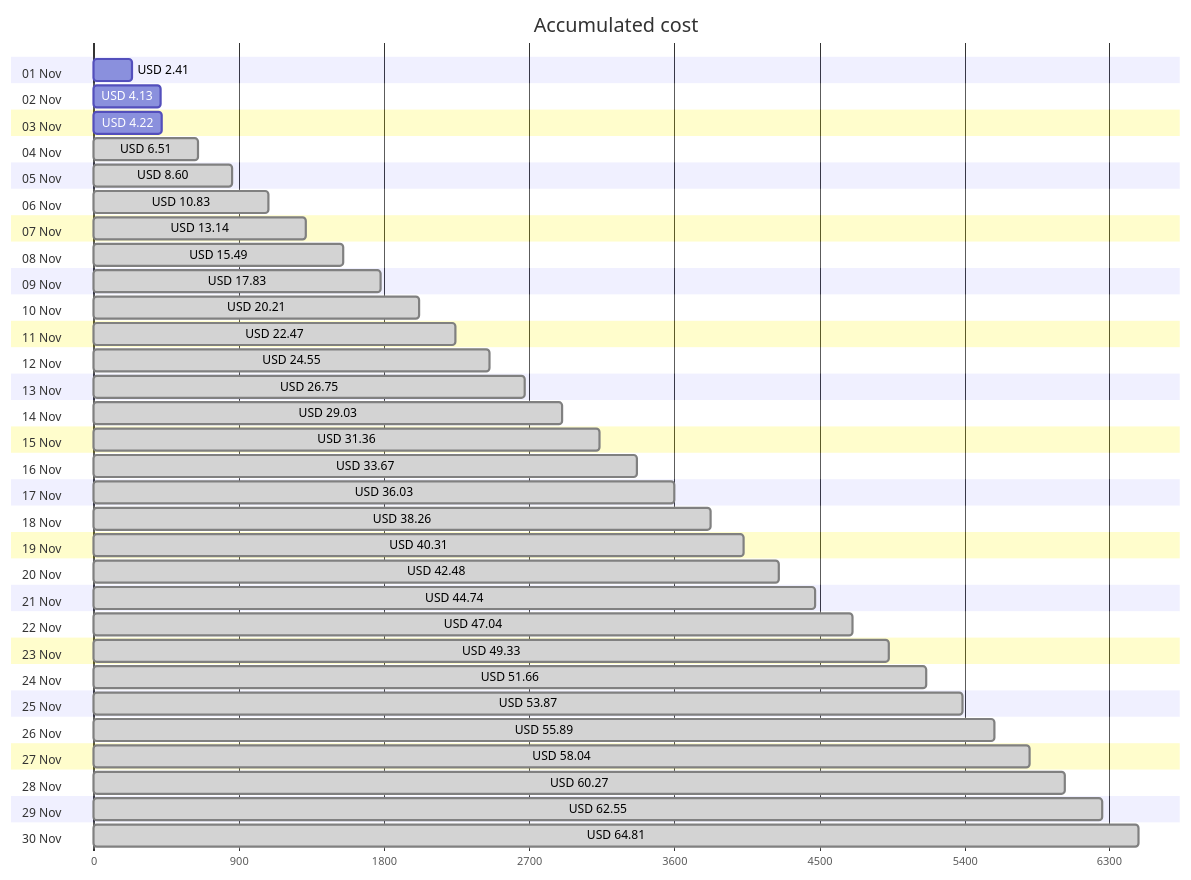
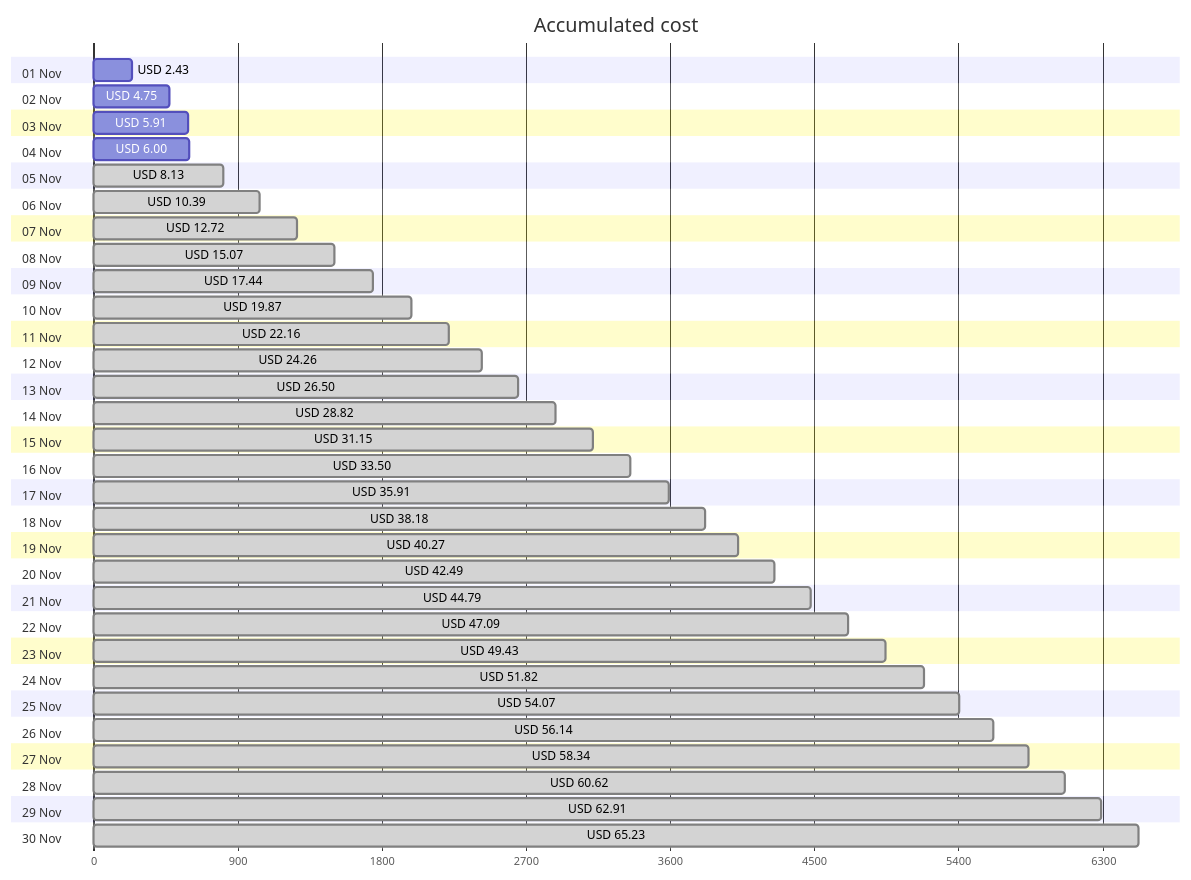
One commit to jpfulton/azure-personal-reports changed the first of 4 diagrams in cost-reports/accumulated-cost.md. Above: the diagram before and after it, drawn with Mermaid. The commit also changed other lines of this file and 4 other files, not shown here.

````diff
--- a/cost-reports/accumulated-cost.md
+++ b/cost-reports/accumulated-cost.md
@@ -20,66 +20,66 @@
 ```mermaid
 gantt
    title Accumulated cost
    dateFormat  X
    axisFormat %s
    section 01 Nov
-   USD 2.41 :0, 241
+   USD 2.43 :0, 243
    section 02 Nov
-   USD 4.13 :0, 413
+   USD 4.75 :0, 475
    section 03 Nov
-   USD 4.22 :0, 422
+   USD 5.91 :0, 591
    section 04 Nov
-   USD 6.51 : done, 0, 651
+   USD 6.00 :0, 600
    section 05 Nov
-   USD 8.60 : done, 0, 860
+   USD 8.13 : done, 0, 813
    section 06 Nov
-   USD 10.83 : done, 0, 1083
+   USD 10.39 : done, 0, 1039
    section 07 Nov
-   USD 13.14 : done, 0, 1314
+   USD 12.72 : done, 0, 1272
    section 08 Nov
-   USD 15.49 : done, 0, 1549
+   USD 15.07 : done, 0, 1507
    section 09 Nov
-   USD 17.83 : done, 0, 1783
+   USD 17.44 : done, 0, 1744
    section 10 Nov
-   USD 20.21 : done, 0, 2021
+   USD 19.87 : done, 0, 1987
    section 11 Nov
-   USD 22.47 : done, 0, 2247
+   USD 22.16 : done, 0, 2216
    section 12 Nov
-   USD 24.55 : done, 0, 2455
+   USD 24.26 : done, 0, 2426
    section 13 Nov
-   USD 26.75 : done, 0, 2675
+   USD 26.50 : done, 0, 2650
    section 14 Nov
-   USD 29.03 : done, 0, 2903
+   USD 28.82 : done, 0, 2882
    section 15 Nov
-   USD 31.36 : done, 0, 3136
+   USD 31.15 : done, 0, 3115
    section 16 Nov
-   USD 33.67 : done, 0, 3367
+   USD 33.50 : done, 0, 3350
    section 17 Nov
-   USD 36.03 : done, 0, 3603
+   USD 35.91 : done, 0, 3591
    section 18 Nov
-   USD 38.26 : done, 0, 3826
+   USD 38.18 : done, 0, 3818
    section 19 Nov
-   USD 40.31 : done, 0, 4031
+   USD 40.27 : done, 0, 4027
    section 20 Nov
-   USD 42.48 : done, 0, 4248
+   USD 42.49 : done, 0, 4249
    section 21 Nov
-   USD 44.74 : done, 0, 4474
+   USD 44.79 : done, 0, 4479
    section 22 Nov
-   USD 47.04 : done, 0, 4704
+   USD 47.09 : done, 0, 4709
    section 23 Nov
-   USD 49.33 : done, 0, 4933
+   USD 49.43 : done, 0, 4943
    section 24 Nov
-   USD 51.66 : done, 0, 5166
+   USD 51.82 : done, 0, 5182
    section 25 Nov
-   USD 53.87 : done, 0, 5387
+   USD 54.07 : done, 0, 5407
    section 26 Nov
-   USD 55.89 : done, 0, 5589
+   USD 56.14 : done, 0, 5614
    section 27 Nov
-   USD 58.04 : done, 0, 5804
+   USD 58.34 : done, 0, 5834
    section 28 Nov
-   USD 60.27 : done, 0, 6027
+   USD 60.62 : done, 0, 6062
    section 29 Nov
-   USD 62.55 : done, 0, 6255
+   USD 62.91 : done, 0, 6291
    section 30 Nov
-   USD 64.81 : done, 0, 6481
+   USD 65.23 : done, 0, 6523
 ```
````
